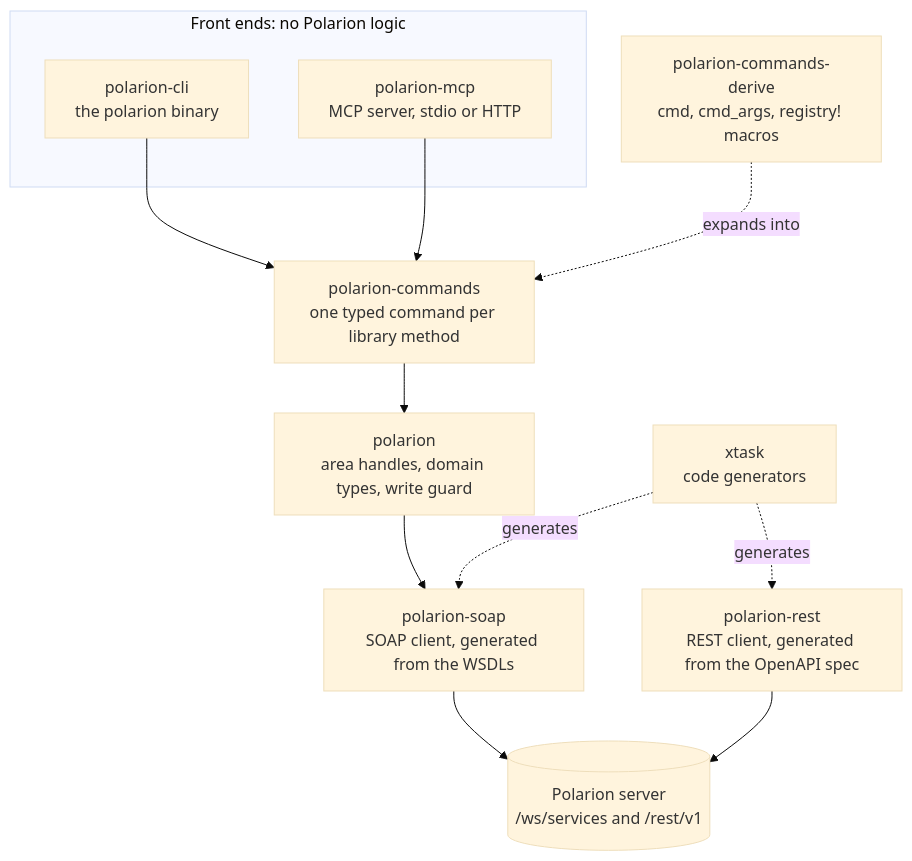
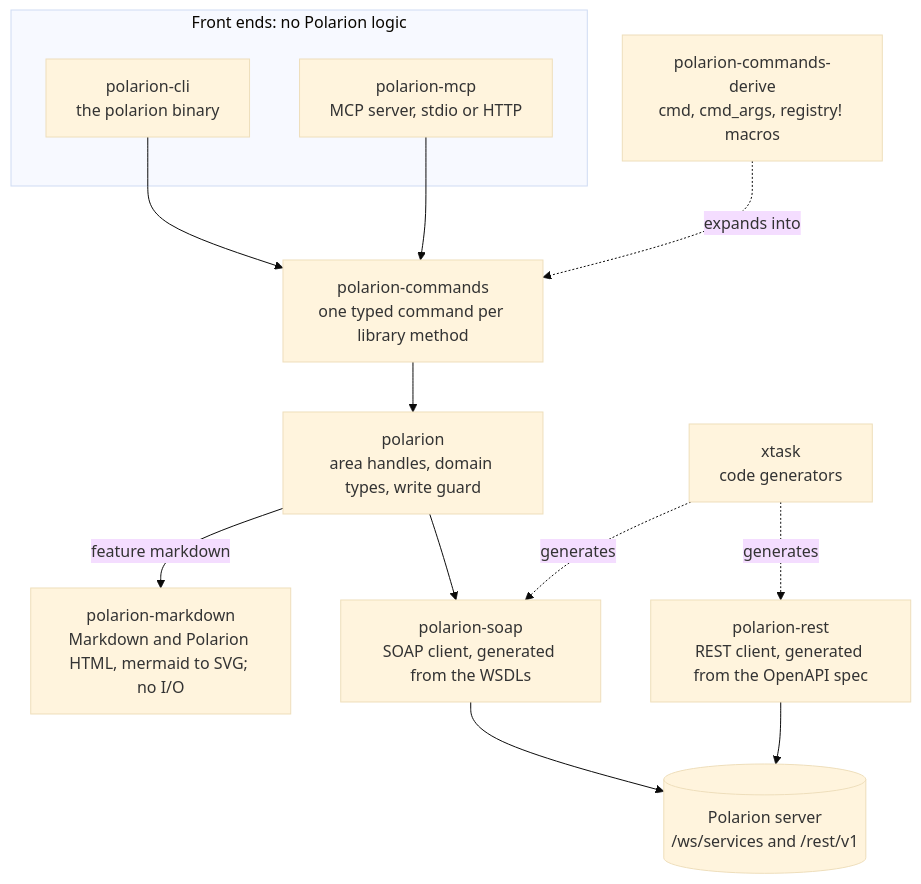
The first of 2 diagrams in docs/architecture.md (KevinGliewe/Polarion-rs), drawn with Mermaid (base theme) before and after one commit. The commit also changed other lines of this file and 210 other files, not shown here.

````diff
--- a/docs/architecture.md
+++ b/docs/architecture.md
@@ -5,24 +5,26 @@
 ```mermaid
 flowchart TB
     subgraph front["Front ends: no Polarion logic"]
         cli["polarion-cli<br/>the polarion binary"]
         mcp["polarion-mcp<br/>MCP server, stdio or HTTP"]
     end
     commands["polarion-commands<br/>one typed command per library method"]
     derive["polarion-commands-derive<br/>cmd, cmd_args, registry! macros"]
     lib["polarion<br/>area handles, domain types, write guard"]
+    md["polarion-markdown<br/>Markdown and Polarion HTML, mermaid to SVG; no I/O"]
     soap["polarion-soap<br/>SOAP client, generated from the WSDLs"]
     rest["polarion-rest<br/>REST client, generated from the OpenAPI spec"]
     xtask["xtask<br/>code generators"]
     server[("Polarion server<br/>/ws/services and /rest/v1")]
 
     cli --> commands
     mcp --> commands
     derive -. "expands into" .-> commands
     commands --> lib
     lib --> soap
+    lib -- "feature markdown" --> md
     soap --> server
     rest --> server
     xtask -. "generates" .-> soap
     xtask -. "generates" .-> rest
 ```
````
